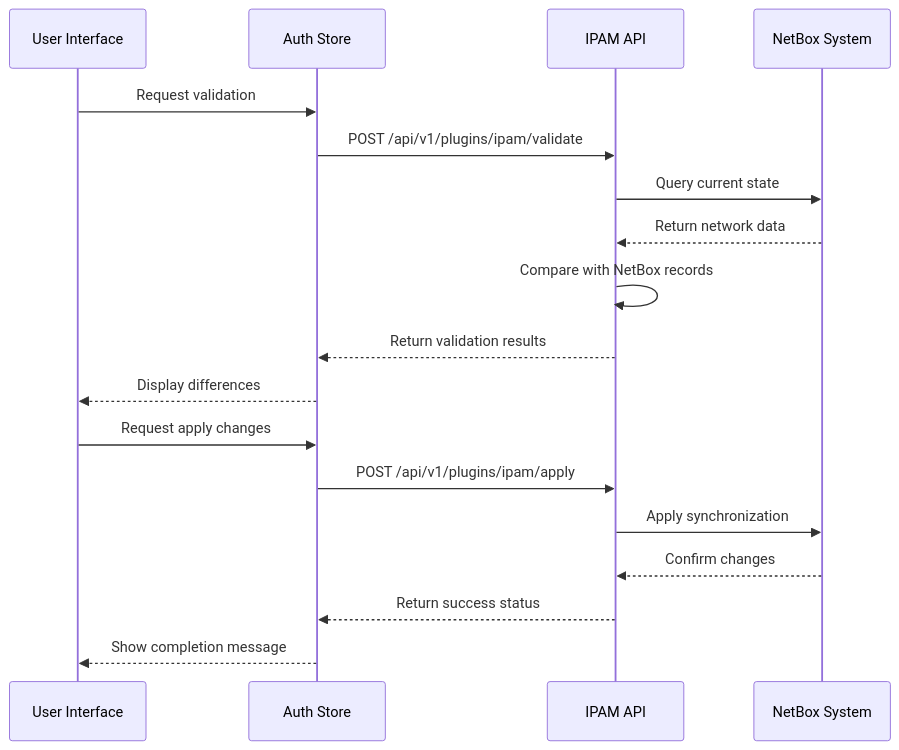
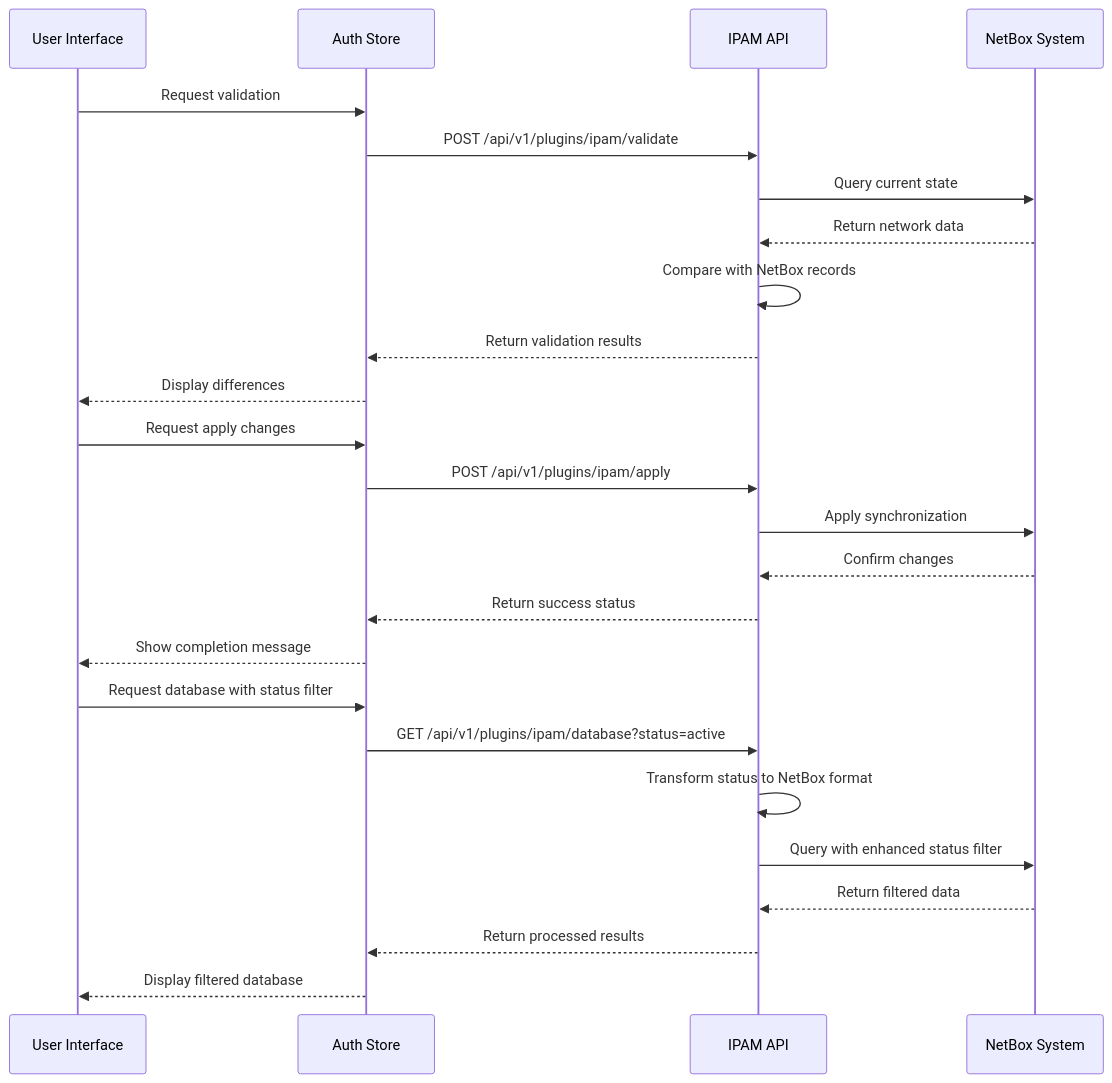
The eighth of 9 diagrams in .qoder/repowiki/en/content/Built-in Plugins/IPAM Plugin.md (Nikita5543/New-SSO-02), drawn with Mermaid before and after one commit. The commit also changed other lines of this file and 2 other files, not shown here.

Commit message:
commit-ipam-dev-0.6

````diff
--- a/.qoder/repowiki/en/content/Built-in Plugins/IPAM Plugin.md
+++ b/.qoder/repowiki/en/content/Built-in Plugins/IPAM Plugin.md
@@ -323,20 +368,27 @@
 ```mermaid
 sequenceDiagram
 participant UI as User Interface
 participant Auth as Auth Store
 participant API as IPAM API
 participant NetBox as NetBox System
 UI->>Auth : Request validation
 Auth->>API : POST /api/v1/plugins/ipam/validate
 API->>NetBox : Query current state
 NetBox-->>API : Return network data
 API->>API : Compare with NetBox records
 API-->>Auth : Return validation results
 Auth-->>UI : Display differences
 UI->>Auth : Request apply changes
 Auth->>API : POST /api/v1/plugins/ipam/apply
 API->>NetBox : Apply synchronization
 NetBox-->>API : Confirm changes
 API-->>Auth : Return success status
 Auth-->>UI : Show completion message
+UI->>Auth : Request database with status filter
+Auth->>API : GET /api/v1/plugins/ipam/database?status=active
+API->>API : Transform status to NetBox format
+API->>NetBox : Query with enhanced status filter
+NetBox-->>API : Return filtered data
+API-->>Auth : Return processed results
+Auth-->>UI : Display filtered database
 ```
````
